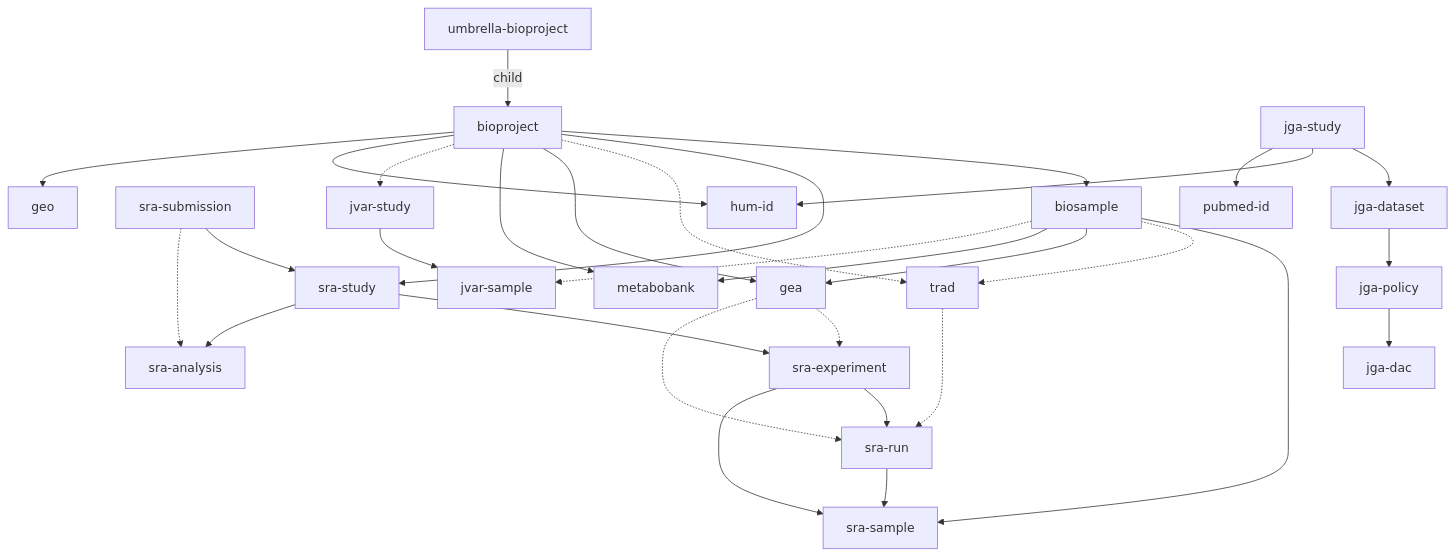
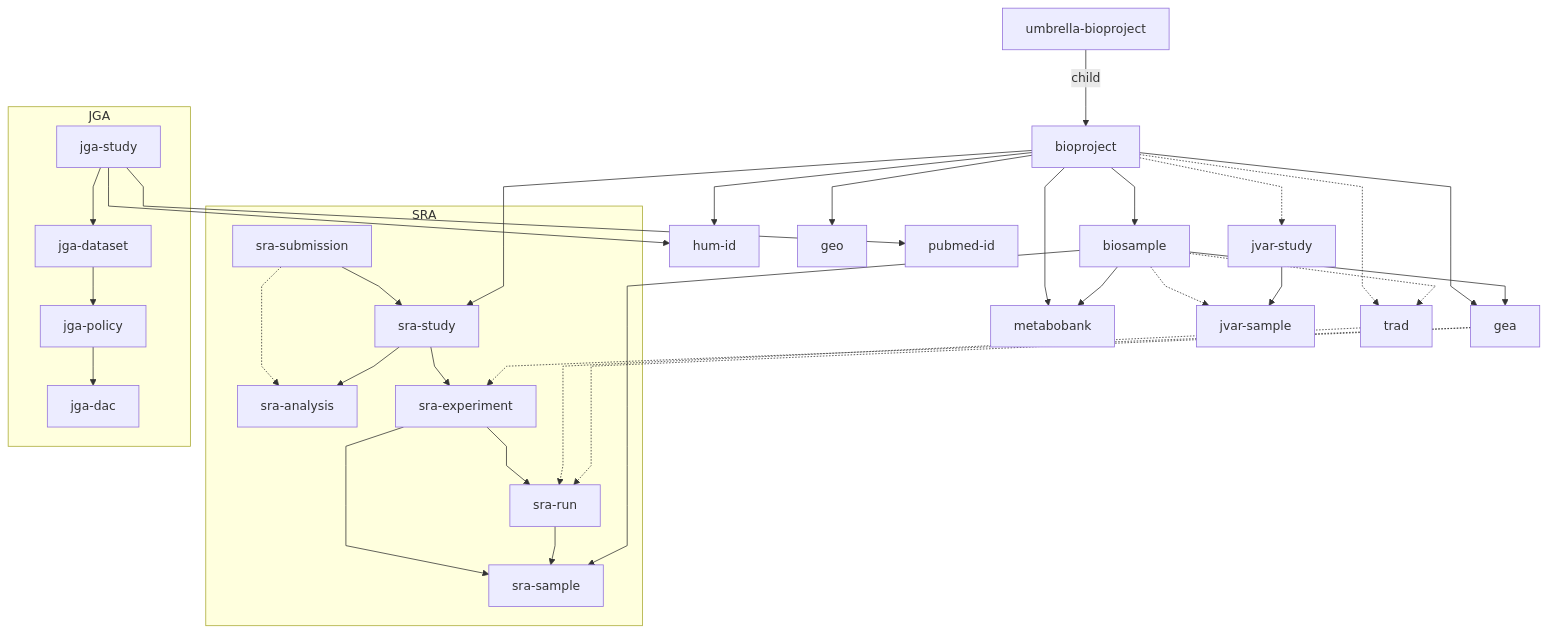
Before and after one commit to ddbj/record-idm: the first of 5 diagrams in docs/relations.md, drawn with Mermaid. The commit also changed 4 other files, not shown here.

Commit message:
Resolve BioProject/BioSample status 5900 as temporarily_suppressed and update data model, relations diagram, and TODOs

````diff
--- a/docs/relations.md
+++ b/docs/relations.md
@@ -18,41 +18,46 @@
 ```mermaid
+%%{ init: { "flowchart": { "curve": "linear" } } }%%
 graph TD
     BP_U[umbrella-bioproject] -->|child| BP[bioproject]
     BP --> BS[biosample]
 
-    BP --> DRP[sra-study]
-    BS --> DRS[sra-sample]
+    subgraph SRA
+        DRA[sra-submission] --> DRP[sra-study]
+        DRA -.-> DRZ[sra-analysis]
+        DRP --> DRX[sra-experiment]
+        DRP --> DRZ
+        DRX --> DRR[sra-run]
+        DRX --> DRS[sra-sample]
+        DRR --> DRS
+    end
 
-    DRA[sra-submission] --> DRP
-    DRA -.-> DRZ
-    DRP --> DRX[sra-experiment]
-    DRP --> DRZ[sra-analysis]
-    DRX --> DRR[sra-run]
-    DRX --> DRS
-    DRR --> DRS
+    BP --> DRP
+    BS --> DRS
+
+    subgraph JGA
+        JGAS[jga-study] --> JGAD[jga-dataset]
+        JGAD --> JGAP[jga-policy]
+        JGAP --> JGAC[jga-dac]
+    end
 
     BP -.-> Trad[trad]
     BS -.-> Trad
     Trad -.-> DRR
 
     BP --> GEA[gea]
     BS --> GEA
     GEA -.-> DRX
     GEA -.-> DRR
 
     BP --> MB[metabobank]
     BS --> MB
 
-    JGAS[jga-study] --> JGAD[jga-dataset]
-    JGAD --> JGAP[jga-policy]
-    JGAP --> JGAC[jga-dac]
-
     BP -.-> dstd[jvar-study]
     BS -.-> JVSmp[jvar-sample]
     dstd --> JVSmp
 
     BP --> hum[hum-id]
     BP --> geo_id[geo]
     JGAS --> hum
     JGAS --> pubmed[pubmed-id]
 ```
````
